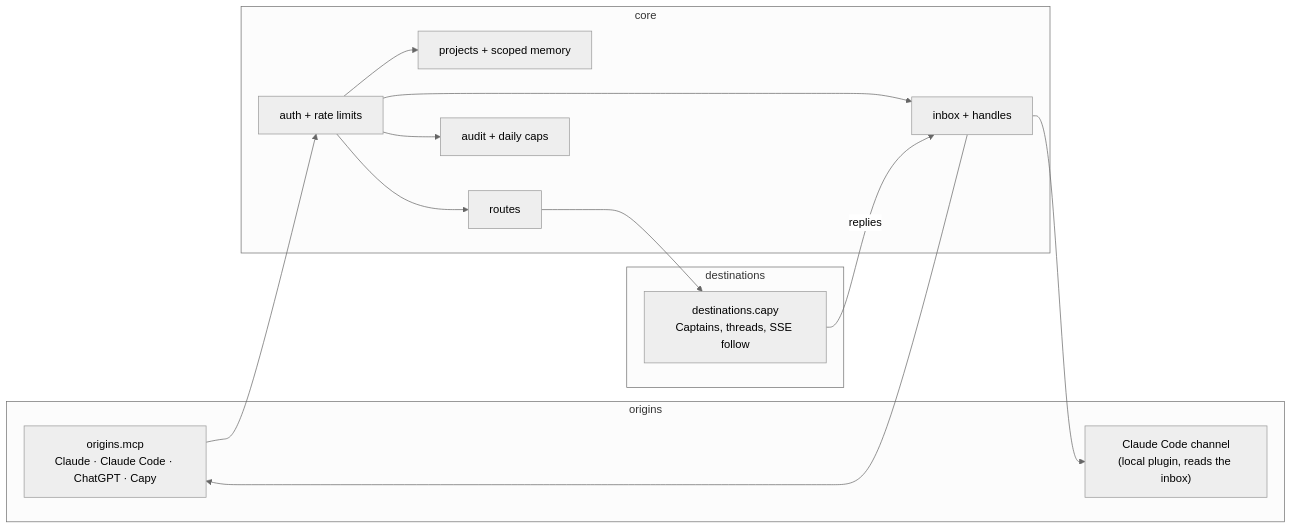
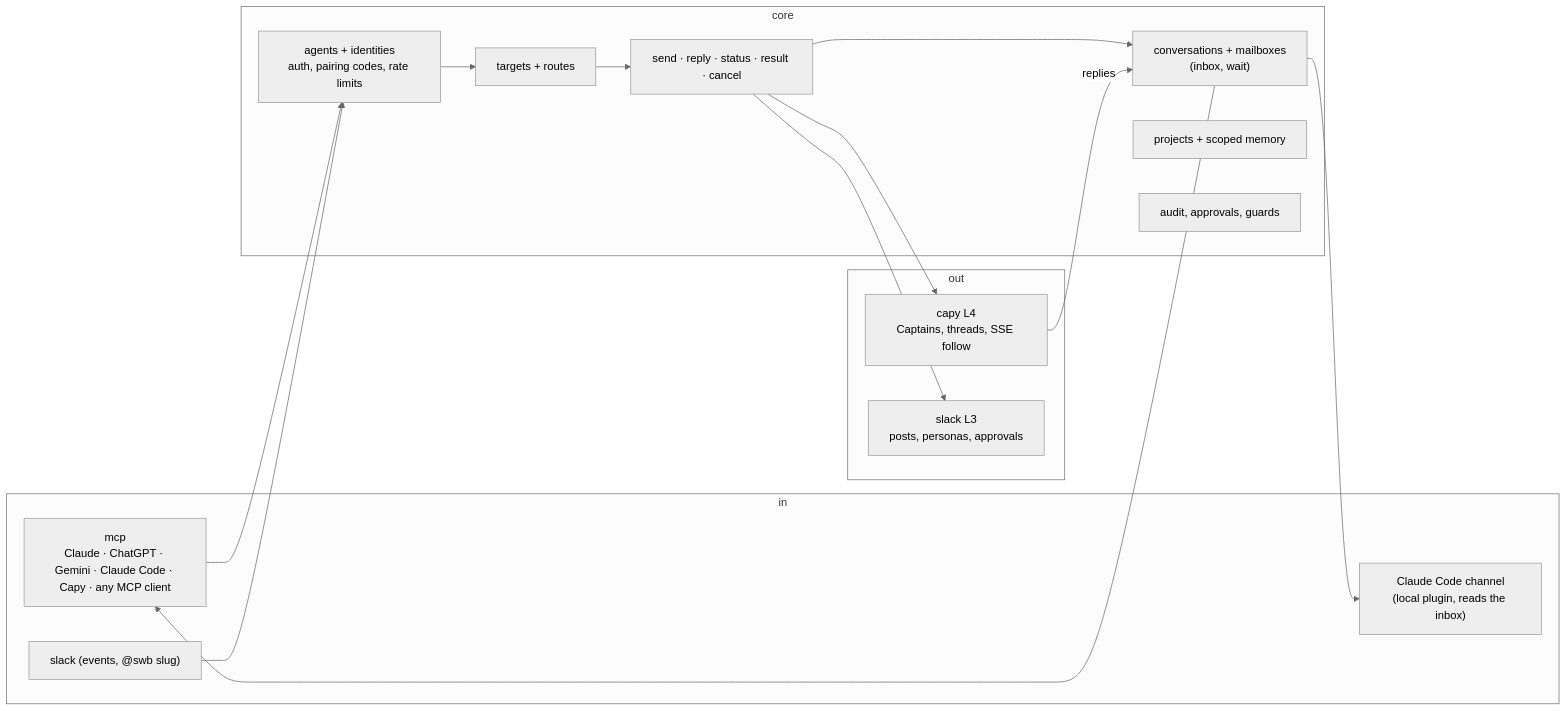
Before and after one commit to ZhehanZhang/SwB: the diagram in README.md, drawn with Mermaid (neutral theme). The commit also changed other lines of this file and 42 other files, not shown here.

First line of the commit message:
Blocks: one Block contract, generic tools, v2 config, pairing codes

````diff
--- a/README.md
+++ b/README.md
@@ -10,21 +15,26 @@
 ```mermaid
 flowchart LR
-  subgraph origins
-    MCP["origins.mcp<br/>Claude · Claude Code · ChatGPT · Capy"]
+  subgraph ins["in"]
+    MCP["mcp<br/>Claude · ChatGPT · Gemini · Claude Code · Capy · any MCP client"]
+    SIN["slack (events, @swb slug)"]
     CH["Claude Code channel<br/>(local plugin, reads the inbox)"]
   end
   subgraph core
-    A[auth + rate limits] --> M[projects + scoped memory]
-    A --> R[routes]
-    A --> I[inbox + handles]
-    A --> L[audit + daily caps]
+    A["agents + identities<br/>auth, pairing codes, rate limits"] --> T["targets + routes"]
+    T --> V["send · reply · status · result · cancel"]
+    V --> I["conversations + mailboxes<br/>(inbox, wait)"]
+    M[projects + scoped memory]
+    L[audit, approvals, guards]
   end
-  subgraph destinations
-    C["destinations.capy<br/>Captains, threads, SSE follow"]
+  subgraph outs["out"]
+    C["capy L4<br/>Captains, threads, SSE follow"]
+    SOUT["slack L3<br/>posts, personas, approvals"]
   end
   MCP --> A
-  R --> C
+  SIN --> A
+  V --> C
+  V --> SOUT
   C -- replies --> I
   I --> MCP
   I --> CH
 ```
````
